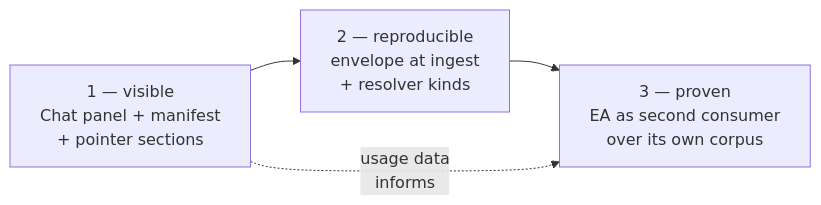
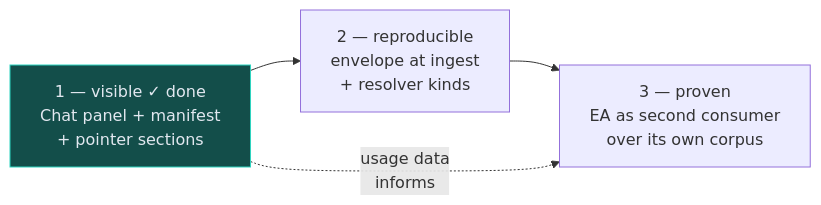
Before and after one commit to dwolfson/trellis: the fourth of 4 diagrams in packages/resource-explorer/docs/context-compiler-across-trellis.md, drawn with Mermaid. The commit also changed other lines of this file, not shown here.

````diff
--- a/packages/resource-explorer/docs/context-compiler-across-trellis.md
+++ b/packages/resource-explorer/docs/context-compiler-across-trellis.md
@@ -219,8 +268,11 @@
 ```mermaid
 graph LR
-  S1["1 — visible<br/>Chat panel + manifest<br/>+ pointer sections"]
+  S1["1 — visible ✓ done<br/>Chat panel + manifest<br/>+ pointer sections"]
   S2["2 — reproducible<br/>envelope at ingest<br/>+ resolver kinds"]
   S3["3 — proven<br/>EA as second consumer<br/>over its own corpus"]
   S1 --> S2 --> S3
   S1 -.->|"usage data<br/>informs"| S3
+
+  classDef built fill:#134e4a,stroke:#2dd4bf,color:#e2e8f0
+  class S1 built
 ```
````
